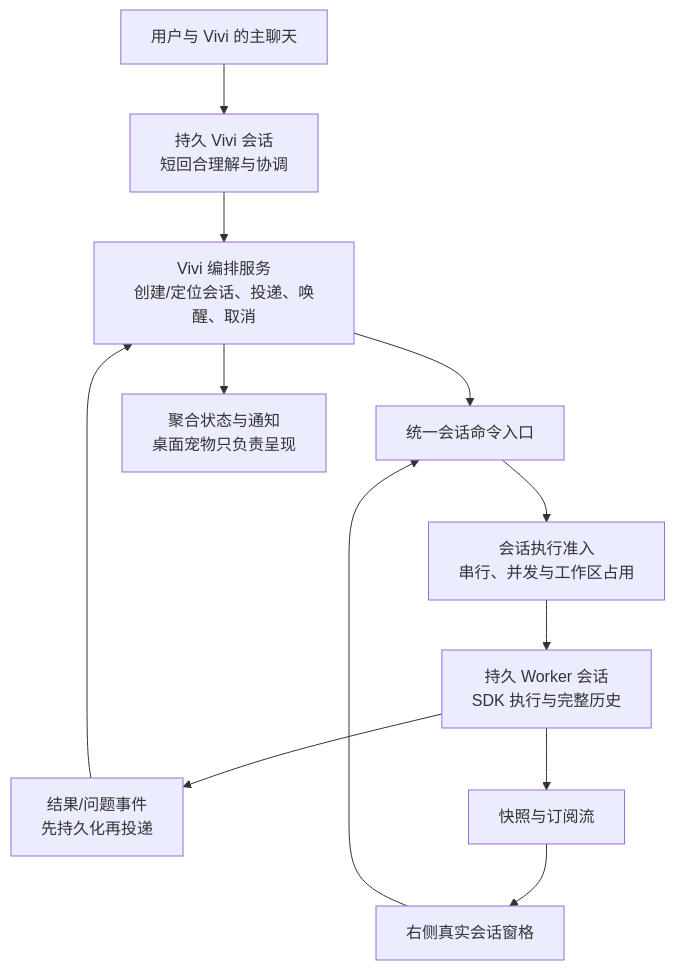
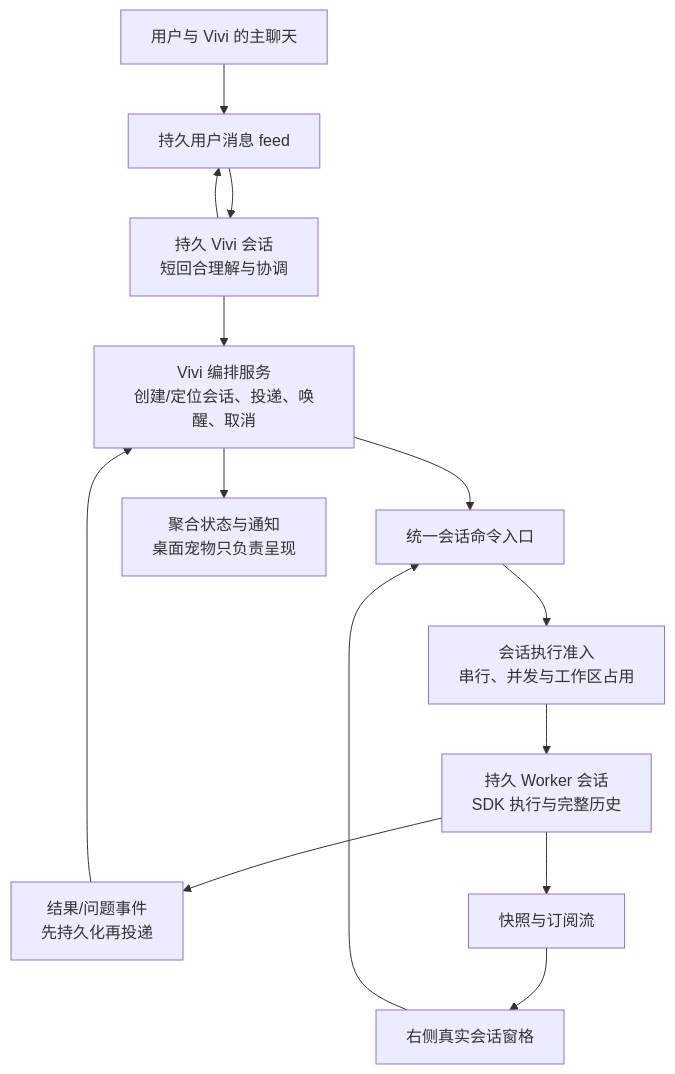
Before and after one commit to tyuan511/fastvibe: the diagram in docs/vivi-conversation-architecture.md, drawn with Mermaid. The commit also changed other lines of this file and 25 other files, not shown here.

````diff
--- a/docs/vivi-conversation-architecture.md
+++ b/docs/vivi-conversation-architecture.md
@@ -54,14 +54,16 @@
 ```mermaid
 flowchart TB
-    U[用户与 Vivi 的主聊天] --> R[持久 Vivi 会话\n短回合理解与协调]
+    U[用户与 Vivi 的主聊天] --> F[持久用户消息 feed]
+    F --> R[持久 Vivi 会话\n短回合理解与协调]
+    R --> F
     R --> C[Vivi 编排服务\n创建/定位会话、投递、唤醒、取消]
     P[右侧真实会话窗格] --> H[统一会话命令入口]
     C --> H
     H --> G[会话执行准入\n串行、并发与工作区占用]
     G --> W[持久 Worker 会话\nSDK 执行与完整历史]
     W --> E[结果/问题事件\n先持久化再投递]
     E --> C
     W --> V[快照与订阅流]
     V --> P
     C --> N[聚合状态与通知\n桌面宠物只负责呈现]
 ```
````
